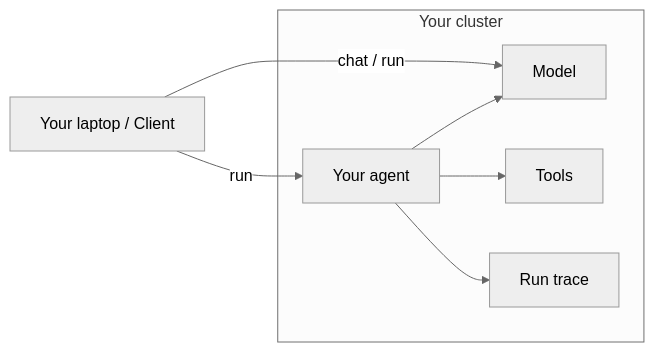
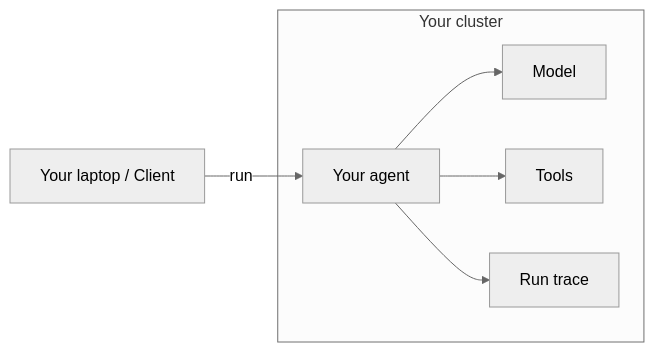
One commit to devopssquaddev/zelkor-platform changed the diagram in docs/architecture.md. Above: the diagram before and after it, drawn with Mermaid. The commit also changed other lines of this file and 28 other files, not shown here.

````diff
--- a/docs/architecture.md
+++ b/docs/architecture.md
@@ -17,19 +19,18 @@
 ```mermaid
 ---
 config:
   theme: neutral
 ---
 flowchart LR
   laptop[Your laptop / Client]
   subgraph cluster [Your cluster]
     model[Model]
     tools[Tools]
     agent[Your agent]
     trace[Run trace]
   end
-  laptop -->|chat / run| model
   laptop -->|run| agent
   agent --> model
   agent --> tools
   agent --> trace
 ```
````
